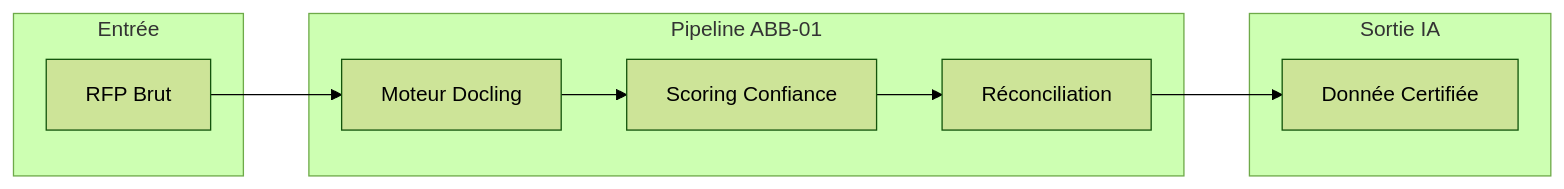
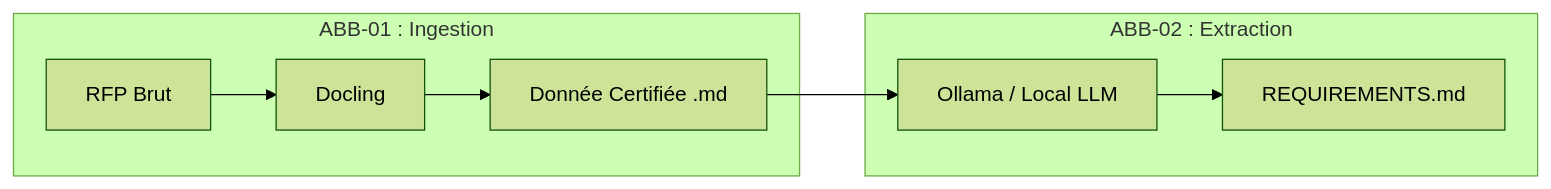
One commit to RodMan121/i-ingestion_lecture_rfp changed the first of 5 diagrams in 00-GOUVERNANCE/LLM_MASTER_KNOWLEDGE.md. Above: the diagram before and after it, drawn with Mermaid (forest theme). The commit also changed other lines of this file and 4 other files, not shown here.

Commit message:
feat: implement ABB-02 infrastructure (Ollama integration, Requirements templates and scripts)

````diff
--- a/00-GOUVERNANCE/LLM_MASTER_KNOWLEDGE.md
+++ b/00-GOUVERNANCE/LLM_MASTER_KNOWLEDGE.md
@@ -13,15 +15,11 @@
 ```mermaid
 graph LR
-    subgraph Entrée
-        RAW[RFP Brut]
+    subgraph ABB-01 : Ingestion
+        RAW[RFP Brut] --> DOC[Docling]
+        DOC --> CERT[Donnée Certifiée .md]
     end
-    subgraph Pipeline ABB-01
-        M[Moteur Docling] --> S[Scoring Confiance]
-        S --> R[Réconciliation]
+    subgraph ABB-02 : Extraction
+        CERT --> OLL[Ollama / Local LLM]
+        OLL --> REQ[REQUIREMENTS.md]
     end
-    subgraph Sortie IA
-        CERT[Donnée Certifiée]
-    end
-    RAW --> M
-    R --> CERT
 ```
````
